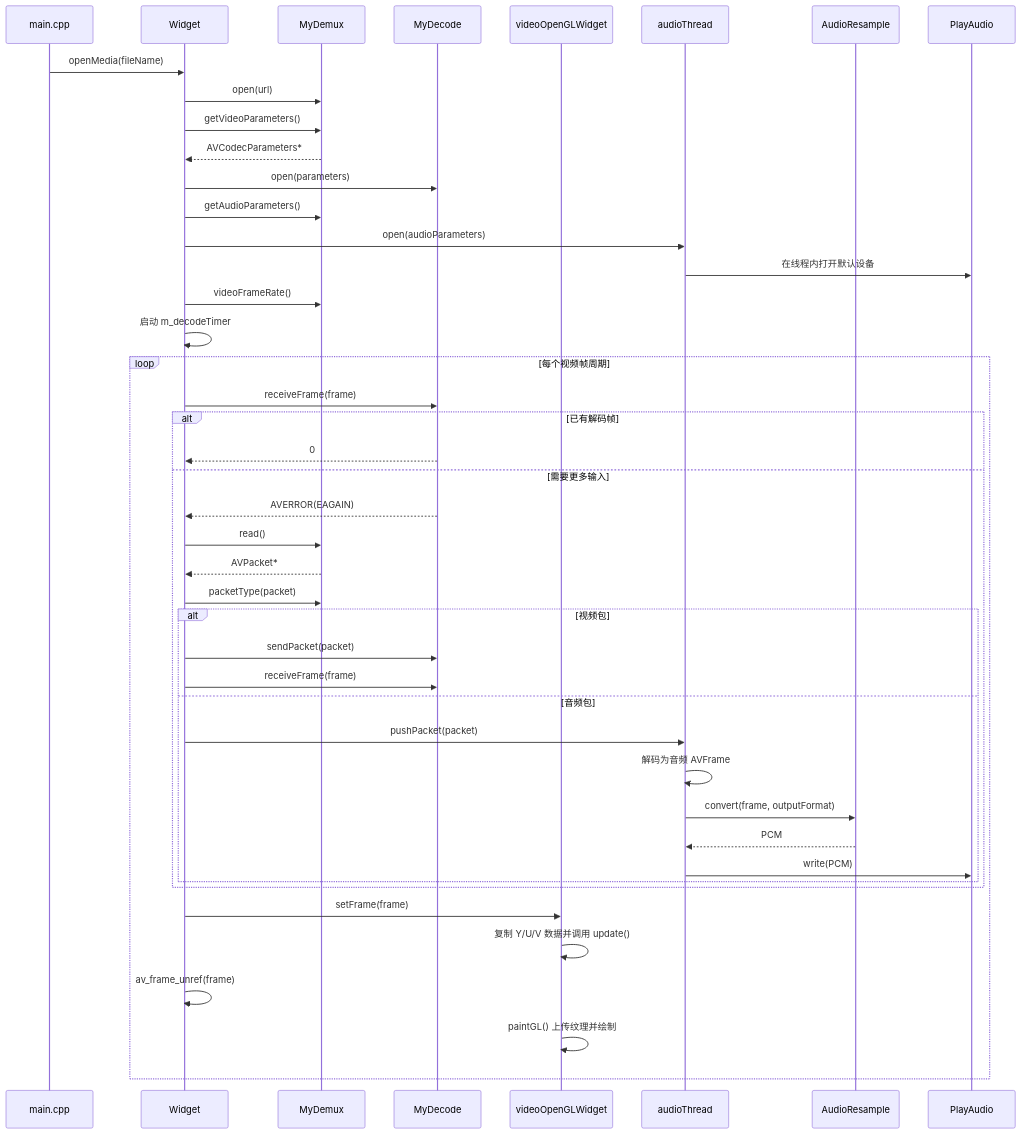
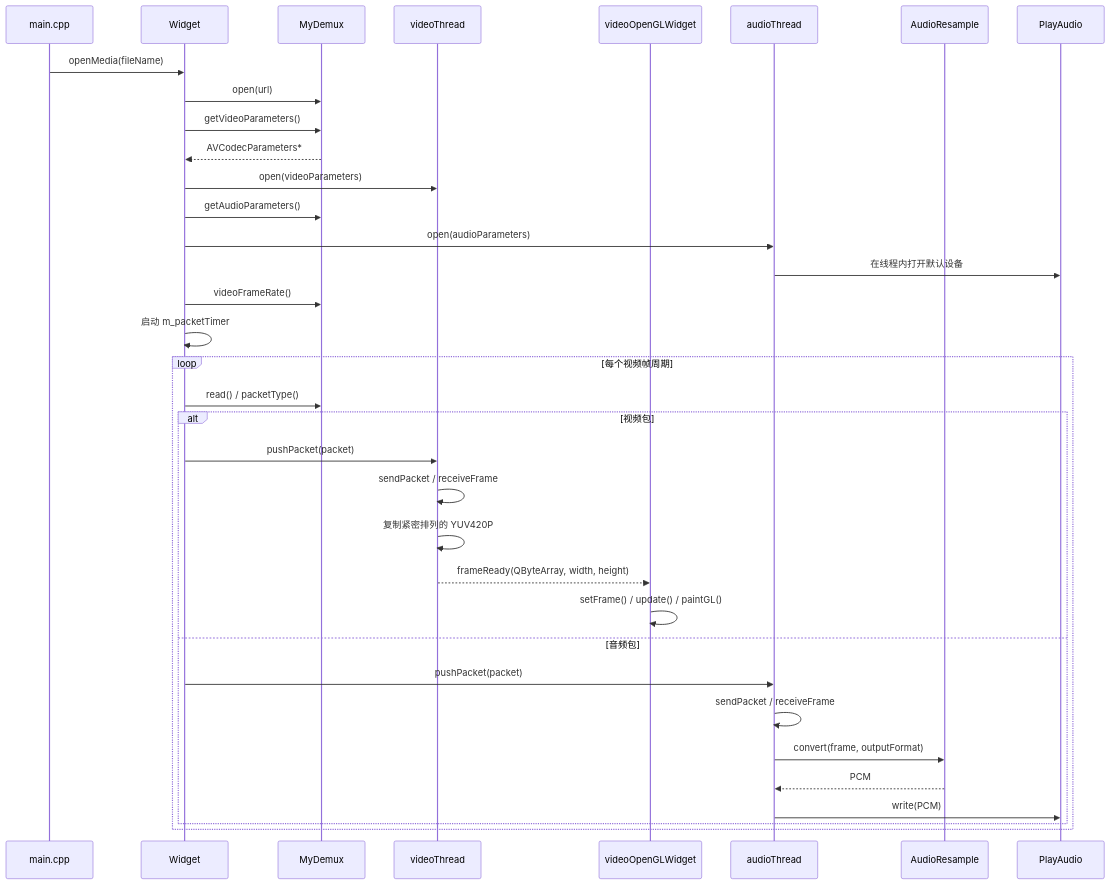
One commit to lalalaaha12138-pixel/lsf changed the second of 2 diagrams in DEVELOPMENT.md. Above: the diagram before and after it, drawn with Mermaid. The commit also changed other lines of this file and 7 other files, not shown here.

Commit message:
Move video decoding to a worker thread

````diff
--- a/DEVELOPMENT.md
+++ b/DEVELOPMENT.md
@@ -134,48 +143,39 @@
 ```mermaid
 sequenceDiagram
     participant Main as main.cpp
     participant Player as Widget
     participant Demux as MyDemux
-    participant Decoder as MyDecode
+    participant VideoThread as videoThread
     participant Renderer as videoOpenGLWidget
     participant AudioThread as audioThread
     participant Resample as AudioResample
     participant Audio as PlayAudio
 
     Main->>Player: openMedia(fileName)
     Player->>Demux: open(url)
     Player->>Demux: getVideoParameters()
     Demux-->>Player: AVCodecParameters*
-    Player->>Decoder: open(parameters)
+    Player->>VideoThread: open(videoParameters)
     Player->>Demux: getAudioParameters()
     Player->>AudioThread: open(audioParameters)
     AudioThread->>Audio: 在线程内打开默认设备
     Player->>Demux: videoFrameRate()
-    Player->>Player: 启动 m_decodeTimer
+    Player->>Player: 启动 m_packetTimer
 
     loop 每个视频帧周期
-        Player->>Decoder: receiveFrame(frame)
-        alt 已有解码帧
-            Decoder-->>Player: 0
-        else 需要更多输入
-            Decoder-->>Player: AVERROR(EAGAIN)
-            Player->>Demux: read()
-            Demux-->>Player: AVPacket*
-            Player->>Demux: packetType(packet)
-            alt 视频包
-                Player->>Decoder: sendPacket(packet)
-                Player->>Decoder: receiveFrame(frame)
-            else 音频包
-                Player->>AudioThread: pushPacket(packet)
-                AudioThread->>AudioThread: 解码为音频 AVFrame
-                AudioThread->>Resample: convert(frame, outputFormat)
-                Resample-->>AudioThread: PCM
-                AudioThread->>Audio: write(PCM)
-            end
+        Player->>Demux: read() / packetType()
+        alt 视频包
+            Player->>VideoThread: pushPacket(packet)
+            VideoThread->>VideoThread: sendPacket / receiveFrame
+            VideoThread->>VideoThread: 复制紧密排列的 YUV420P
+            VideoThread-->>Renderer: frameReady(QByteArray, width, height)
+            Renderer->>Renderer: setFrame() / update() / paintGL()
+        else 音频包
+            Player->>AudioThread: pushPacket(packet)
+            AudioThread->>AudioThread: sendPacket / receiveFrame
+            AudioThread->>Resample: convert(frame, outputFormat)
+            Resample-->>AudioThread: PCM
+            AudioThread->>Audio: write(PCM)
         end
-        Player->>Renderer: setFrame(frame)
-        Renderer->>Renderer: 复制 Y/U/V 数据并调用 update()
-        Player->>Player: av_frame_unref(frame)
-        Renderer->>Renderer: paintGL() 上传纹理并绘制
     end
 ```
````
